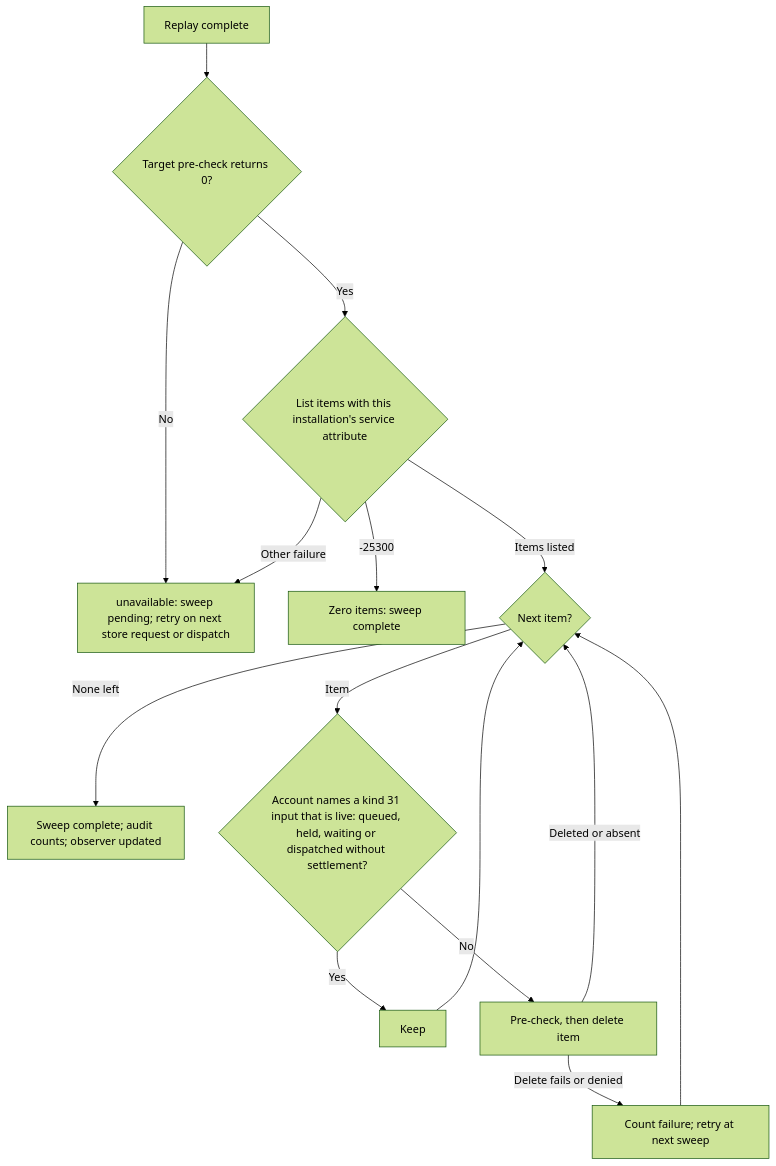
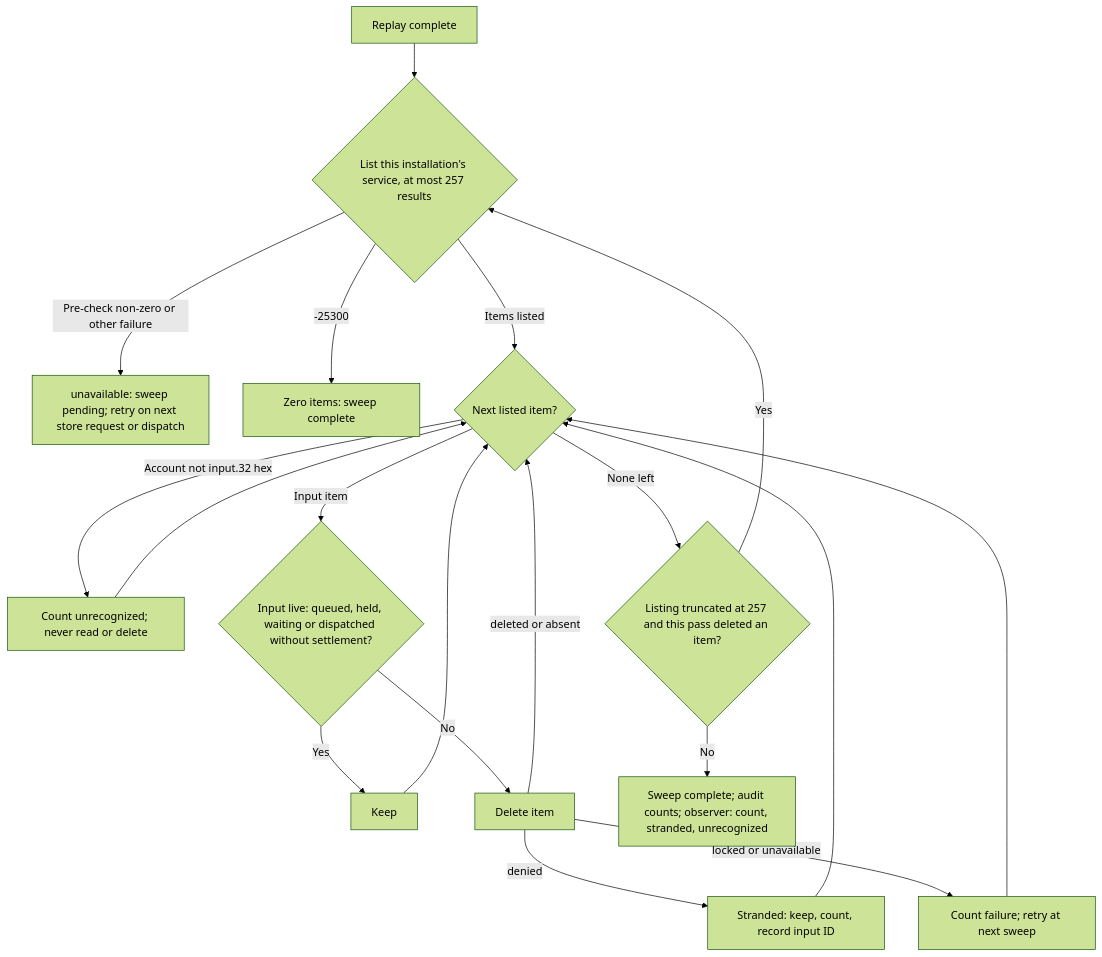
The third of 4 diagrams in docs/designs/secret-store.md (pidster/asura), drawn with Mermaid (forest theme) before and after one commit. The commit also changed other lines of this file and 3 other files, not shown here.

````diff
--- a/docs/designs/secret-store.md
+++ b/docs/designs/secret-store.md
@@ -327,17 +414,21 @@
 ```mermaid
 flowchart TD
-    Start["Replay complete"] --> Pre{"Target pre-check returns 0?"}
-    Pre -->|"No"| Defer["unavailable: sweep pending; retry on next store request or dispatch"]
-    Pre -->|"Yes"| List{"List items with this installation's service attribute"}
+    Start["Replay complete"] --> List{"List this installation's service, at most 257 results"}
+    List -->|"Pre-check non-zero or other failure"| Defer["unavailable: sweep pending; retry on next store request or dispatch"]
     List -->|"-25300"| Done["Zero items: sweep complete"]
-    List -->|"Other failure"| Defer
-    List -->|"Items listed"| Next{"Next item?"}
-    Next -->|"None left"| Done2["Sweep complete; audit counts; observer updated"]
-    Next -->|"Item"| Live{"Account names a kind 31 input that is live: queued, held, waiting or dispatched without settlement?"}
+    List -->|"Items listed"| Next{"Next listed item?"}
+    Next -->|"Account not input.32 hex"| Unrec["Count unrecognized; never read or delete"]
+    Unrec --> Next
+    Next -->|"Input item"| Live{"Input live: queued, held, waiting or dispatched without settlement?"}
     Live -->|Yes| Keep["Keep"]
-    Live -->|No| Del["Pre-check, then delete item"]
     Keep --> Next
-    Del -->|"Deleted or absent"| Next
-    Del -->|"Delete fails or denied"| Count["Count failure; retry at next sweep"]
-    Count --> Next
+    Live -->|No| Del["Delete item"]
+    Del -->|"deleted or absent"| Next
+    Del -->|"denied"| Strand["Stranded: keep, count, record input ID"]
+    Strand --> Next
+    Del -->|"locked or unavailable"| Fail["Count failure; retry at next sweep"]
+    Fail --> Next
+    Next -->|"None left"| Again{"Listing truncated at 257 and this pass deleted an item?"}
+    Again -->|Yes| List
+    Again -->|No| Done2["Sweep complete; audit counts; observer: count, stranded, unrecognized"]
 ```
````
